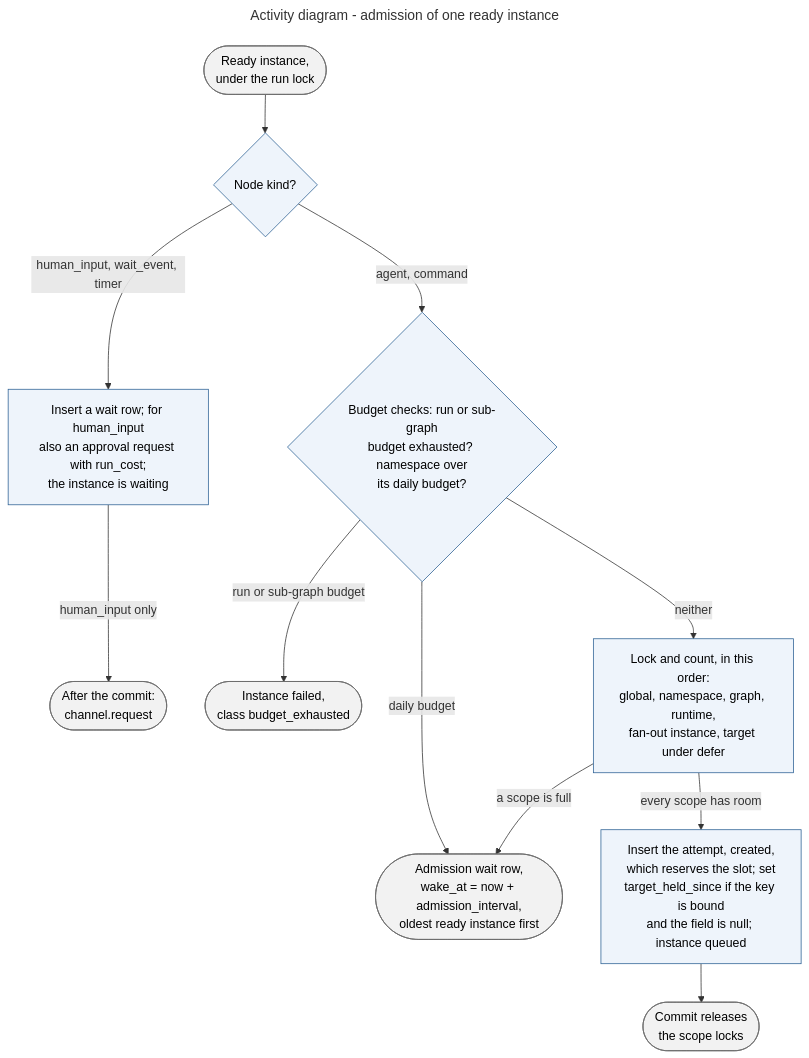
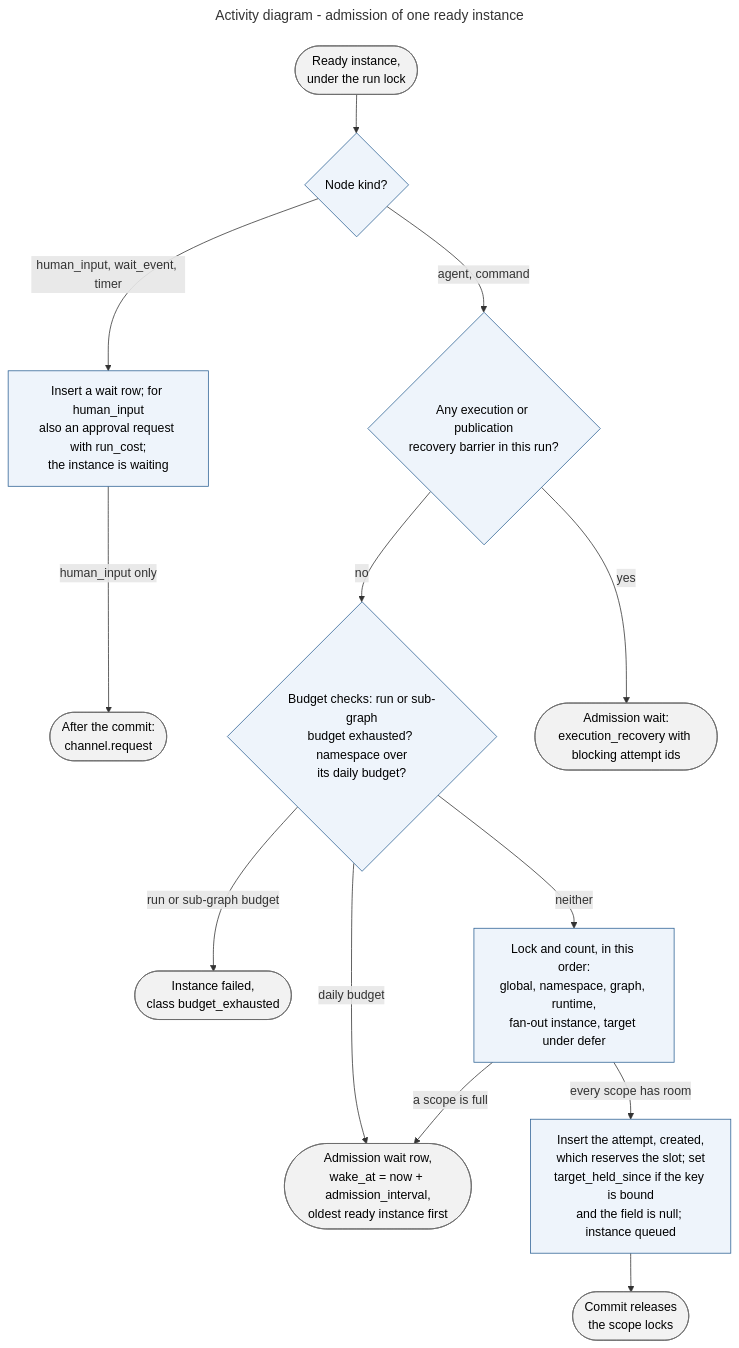
Diagram 21 of 24 in knowledge/architecture/internals.md (klukashka/kora), drawn with Mermaid before and after one commit. The commit also changed other lines of this file and 22 other files, not shown here.

````diff
--- a/knowledge/architecture/internals.md
+++ b/knowledge/architecture/internals.md
@@ -1199,32 +1208,36 @@
 ```mermaid
 ---
 title: Activity diagram - admission of one ready instance
 ---
 flowchart TB
   accTitle: Admission of one ready instance
-  accDescr: Admission takes a ready instance under the run lock. A waiting kind gets a wait row; a human_input node also gets an approval request with the run's cost, and its channel is asked after the commit. An agent or command instance fails with budget_exhausted when its run or sub-graph budget is exhausted and gets an admission wait while its namespace is over its daily budget. Otherwise six scopes are locked and counted in a fixed order: global, namespace, graph, runtime, fan-out instance and target. A full scope gives an admission wait, oldest instance first; the first wait behind a target holder writes run.target_deferred. When every scope has room, the attempt is inserted created, which reserves the slot, the target hold is set when the key is bound, and the instance becomes queued. The commit releases the scope locks.
+  accDescr: Admission takes a ready instance under the run lock. A waiting kind gets a wait row, a human_input node also gets an approval request with the run's cost, and its channel is asked after the commit. An agent or command instance waits with execution_recovery while any old attempt in the run has unresolved execution/publication. Otherwise it fails with budget_exhausted when its run or sub-graph budget is exhausted and gets an admission wait while its namespace is over its daily budget. Otherwise six scopes are locked and counted in a fixed order: global, namespace, graph, runtime, fan-out instance and target. A full scope gives an admission wait, oldest instance first, the first wait behind a target holder writes run.target_deferred. When every scope has room, the attempt is inserted created, which reserves the slot, the target hold is set when the key is bound, and the instance becomes queued. The commit releases the scope locks.
   classDef step fill:#EEF4FB,stroke:#2E6295,color:#000000
   classDef stop fill:#F2F2F2,stroke:#6B6B6B,color:#000000
 
   start(["Ready instance,<br/>under the run lock"]):::stop
   kind{"Node kind?"}:::step
   waitrow["Insert a wait row; for human_input<br/>also an approval request with run_cost;<br/>the instance is waiting"]:::step
   ask(["After the commit:<br/>channel.request"]):::stop
   budgets{"Budget checks: run or sub-graph<br/>budget exhausted? namespace over<br/>its daily budget?"}:::step
   fail(["Instance failed,<br/>class budget_exhausted"]):::stop
   scopes["Lock and count, in this order:<br/>global, namespace, graph, runtime,<br/>fan-out instance, target under defer"]:::step
   admwait(["Admission wait row,<br/>wake_at = now + admission_interval,<br/>oldest ready instance first"]):::stop
   insert["Insert the attempt, created,<br/>which reserves the slot; set<br/>target_held_since if the key is bound<br/>and the field is null; instance queued"]:::step
   commit(["Commit releases<br/>the scope locks"]):::stop
 
   start --> kind
   kind -->|"human_input, wait_event, timer"| waitrow
   waitrow -->|"human_input only"| ask
-  kind -->|"agent, command"| budgets
+  recovery{"Any execution or publication<br/>recovery barrier in this run?"}:::step
+  recoverywait(["Admission wait:<br/>execution_recovery with blocking attempt ids"]):::stop
+  kind -->|"agent, command"| recovery
+  recovery -->|"yes"| recoverywait
+  recovery -->|"no"| budgets
   budgets -->|"run or sub-graph budget"| fail
   budgets -->|"daily budget"| admwait
   budgets -->|"neither"| scopes
   scopes -->|"a scope is full"| admwait
   scopes -->|"every scope has room"| insert
   insert --> commit
 ```
````
